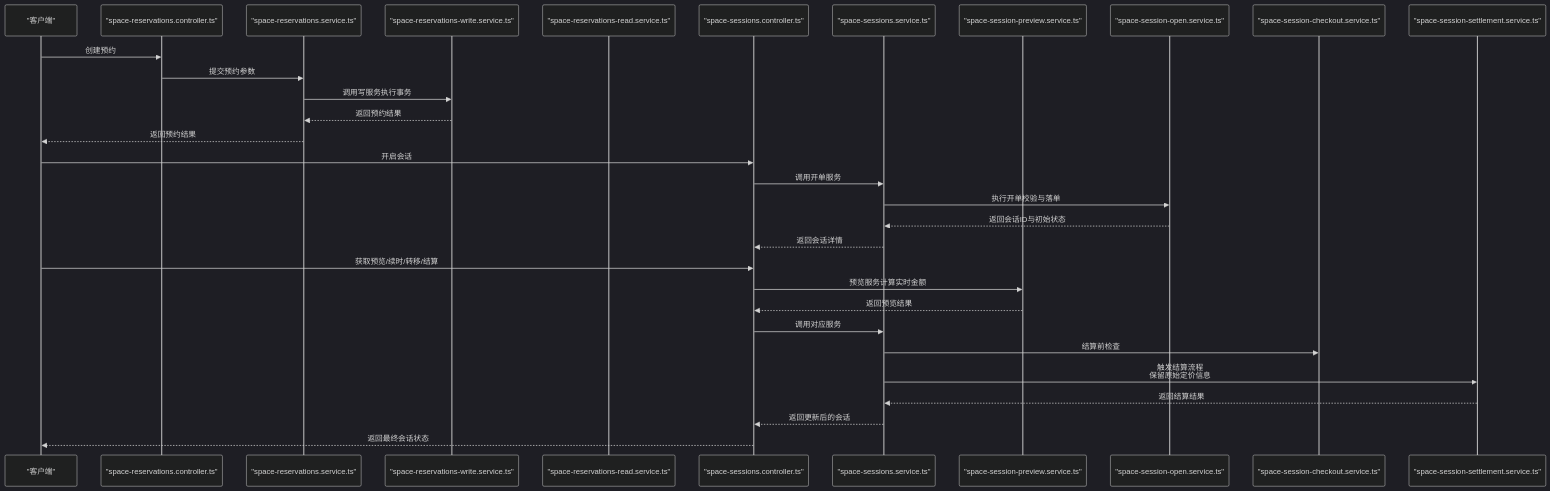
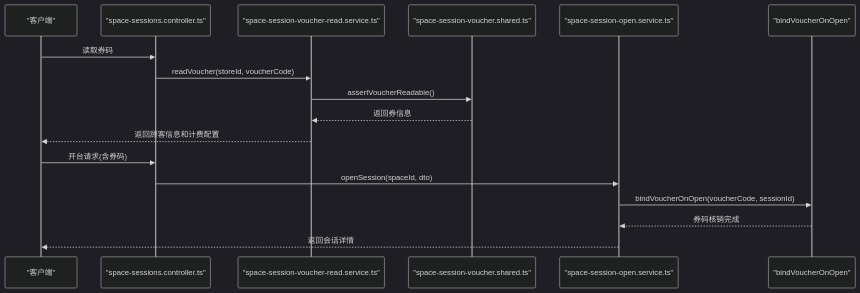
One commit to rc558620/purelyprofit-server changed the second of 12 diagrams in .qoder/repowiki/zh/content/业务模块/运营管理模块/空间管理.md. Above: the diagram before and after it, drawn with Mermaid (dark theme). The commit also changed other lines of this file and 40 other files, not shown here.

````diff
--- a/.qoder/repowiki/zh/content/业务模块/运营管理模块/空间管理.md
+++ b/.qoder/repowiki/zh/content/业务模块/运营管理模块/空间管理.md
@@ -248,33 +264,19 @@
 ```mermaid
 sequenceDiagram
 participant U as "客户端"
-participant RC as "space-reservations.controller.ts"
-participant RS as "space-reservations.service.ts"
-participant RWS as "space-reservations-write.service.ts"
-participant RRS as "space-reservations-read.service.ts"
-participant SC as "space-sessions.controller.ts"
-participant SS as "space-sessions.service.ts"
-participant PS as "space-session-preview.service.ts"
+participant RC as "space-sessions.controller.ts"
+participant VR as "space-session-voucher-read.service.ts"
+participant VS as "space-session-voucher.shared.ts"
 participant OS as "space-session-open.service.ts"
-participant CS as "space-session-checkout.service.ts"
-participant ST as "space-session-settlement.service.ts"
-U->>RC : 创建预约
-RC->>RS : 提交预约参数
-RS->>RWS : 调用写服务执行事务
-RWS-->>RS : 返回预约结果
-RS-->>U : 返回预约结果
-U->>SC : 开启会话
-SC->>SS : 调用开单服务
-SS->>OS : 执行开单校验与落单
-OS-->>SS : 返回会话ID与初始状态
-SS-->>SC : 返回会话详情
-U->>SC : 获取预览/续时/转移/结算
-SC->>PS : 预览服务计算实时金额
-PS-->>SC : 返回预览结果
-SC->>SS : 调用对应服务
-SS->>CS : 结算前检查
-SS->>ST : 触发结算流程<br/>保留原始定价信息
-ST-->>SS : 返回结算结果
-SS-->>SC : 返回更新后的会话
-SC-->>U : 返回最终会话状态
+participant BV as "bindVoucherOnOpen"
+U->>RC : 读取券码
+RC->>VR : readVoucher(storeId, voucherCode)
+VR->>VS : assertVoucherReadable()
+VS-->>VR : 返回券信息
+VR-->>U : 返回顾客信息和计费配置
+U->>RC : 开台请求(含券码)
+RC->>OS : openSession(spaceId, dto)
+OS->>BV : bindVoucherOnOpen(voucherCode, sessionId)
+BV-->>OS : 券码核销完成
+OS-->>U : 返回会话详情
 ```
````
